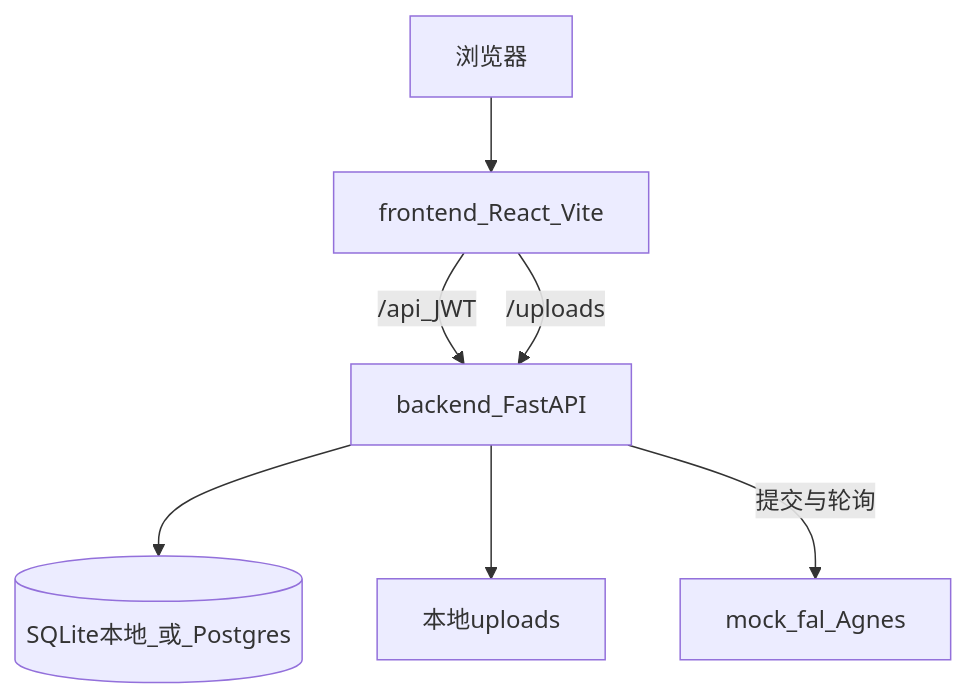
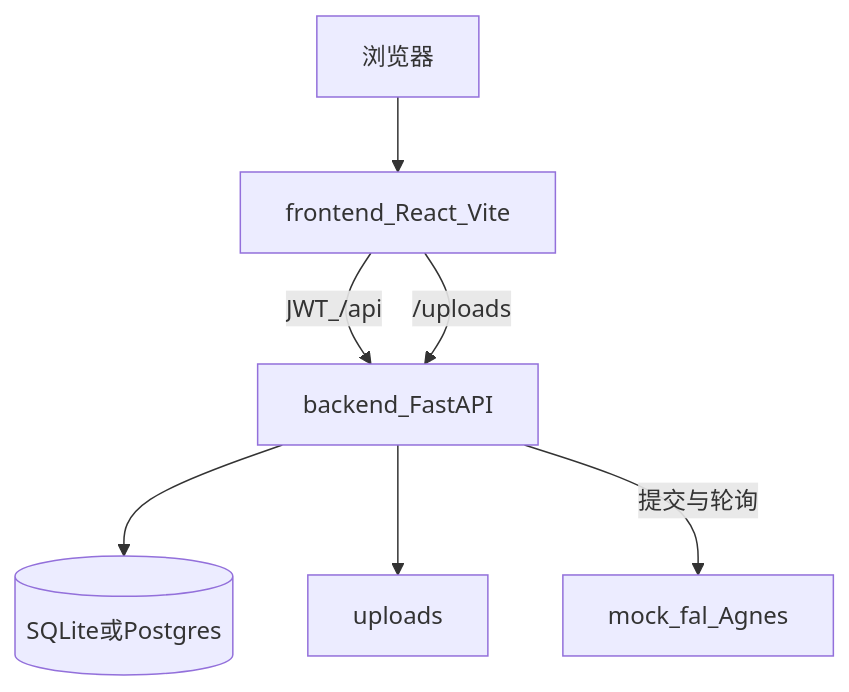
Before and after one commit to Frocir/SeeMeTVC: the first of 4 diagrams in 细化方案.md, drawn with Mermaid. The commit also changed other lines of this file, not shown here.

````diff
--- a/细化方案.md
+++ b/细化方案.md
@@ -92,16 +54,16 @@
 ```mermaid
 flowchart TB
   browser[浏览器]
   web[frontend_React_Vite]
   api[backend_FastAPI]
-  db[(SQLite本地_或_Postgres)]
-  disk[本地uploads]
+  db[(SQLite或Postgres)]
+  disk[uploads]
   upstream[mock_fal_Agnes]
 
   browser --> web
-  web -->|/api_JWT| api
+  web -->|JWT_/api| api
   web -->|/uploads| api
   api --> db
   api --> disk
   api -->|提交与轮询| upstream
 ```
````
